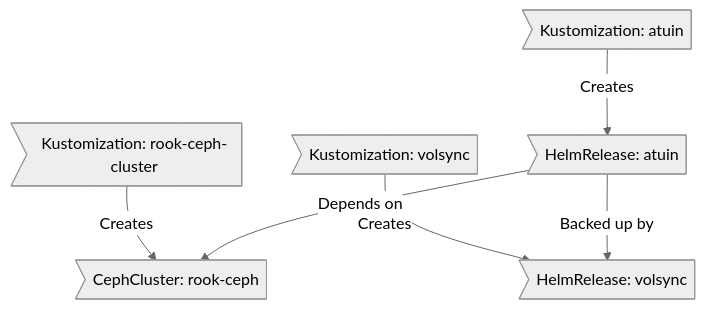
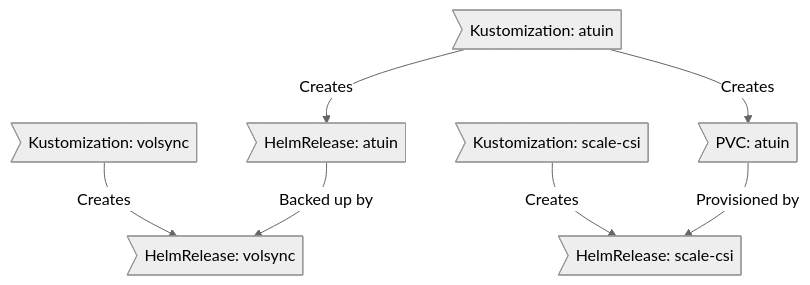
One commit to GizmoTickler/home-ops changed the diagram in README.md. Above: the diagram before and after it, drawn with Mermaid (neutral theme). The commit also changed other lines of this file, not shown here.

First line of the commit message:
docs(readme): reflect scale-csi + openebs-ssd storage architecture (#1395)

````diff
--- a/README.md
+++ b/README.md
@@ -193,8 +194,9 @@
 ```mermaid
 graph TD
-    A>Kustomization: rook-ceph-cluster] -->|Creates| B[CephCluster: rook-ceph]
+    A>Kustomization: scale-csi] -->|Creates| B[HelmRelease: scale-csi]
     C>Kustomization: volsync] -->|Creates| D[HelmRelease: volsync]
     E>Kustomization: atuin] -->|Creates| F(HelmRelease: atuin)
-    F>HelmRelease: atuin] -->|Depends on| B>CephCluster: rook-ceph]
+    E>Kustomization: atuin] -->|Creates| G(PVC: atuin on scale-nvmeof)
+    G>PVC: atuin] -->|Provisioned by| B>HelmRelease: scale-csi]
     F>HelmRelease: atuin] -->|Backed up by| D>HelmRelease: volsync]
 ```
````
